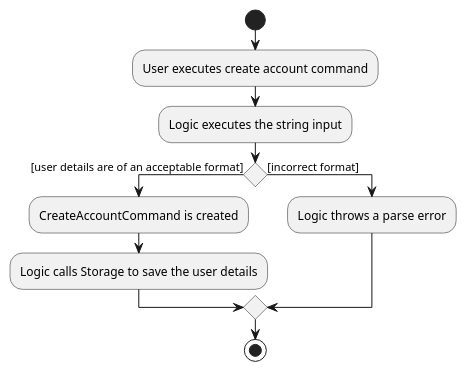
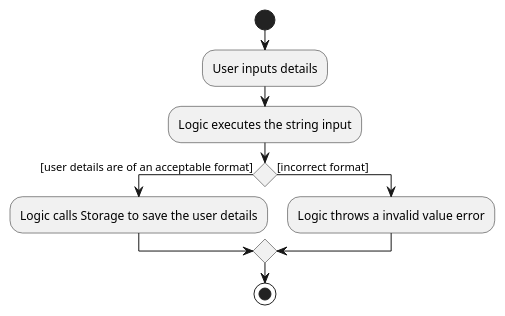
The diagram in docs/diagrams/CreateAccountActivityDiagram.puml (wang-jun-hao/tp), drawn with PlantUML before and after one commit. The commit also changed 4 other files, not shown here.

Commit message:
Update DG with login and account creation details

```diff
--- a/docs/diagrams/CreateAccountActivityDiagram.puml
+++ b/docs/diagrams/CreateAccountActivityDiagram.puml
@@ -1,16 +1,15 @@
 @startuml
 start
-:User executes create account command;
+:User inputs details;
 :Logic executes the string input;
 
 'Since the beta syntax does not support placing the condition outside the
 'diamond we place it as the true branch instead.
 
 if () then ([user details are of an acceptable format])
-    :CreateAccountCommand is created;
     :Logic calls Storage to save the user details;
 else ([incorrect format])
-    :Logic throws a parse error;
+    :Logic throws a invalid value error;
 endif
 stop
 @enduml
```
